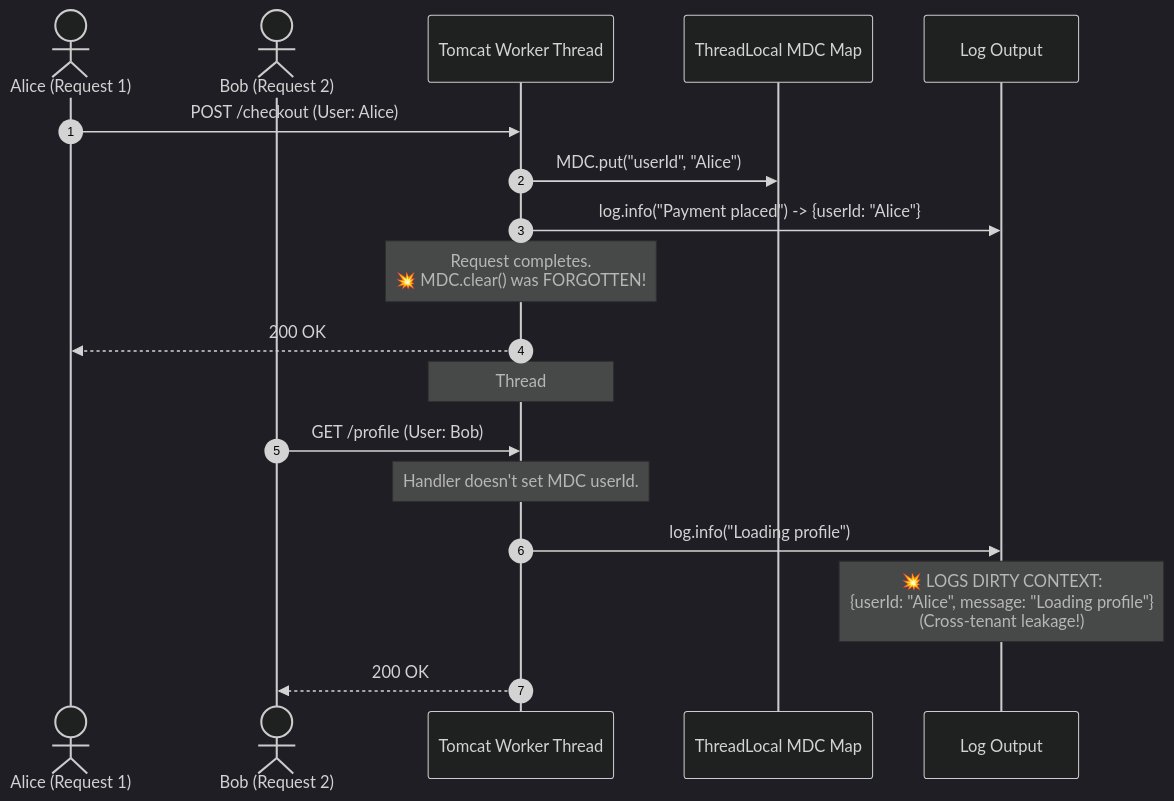
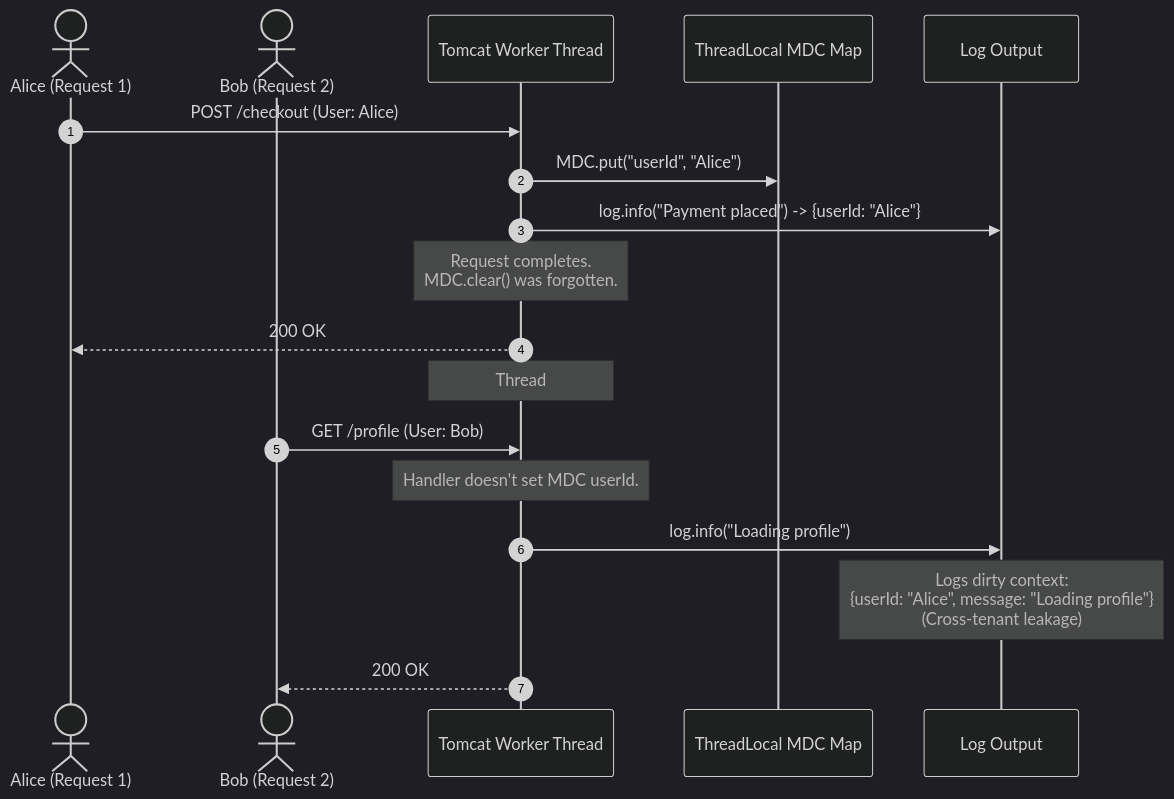
One commit to Rohit1024/spring-boot-mastery changed the diagram in docs/debugging/actuator-security-and-logging-leaks.md. Above: the diagram before and after it, drawn with Mermaid (dark theme). The commit also changed other lines of this file and 117 other files, not shown here.

````diff
--- a/docs/debugging/actuator-security-and-logging-leaks.md
+++ b/docs/debugging/actuator-security-and-logging-leaks.md
@@ -73,23 +69,23 @@
 ``` mermaid
 sequenceDiagram
     autonumber
     actor Alice as Alice (Request 1)
     actor Bob as Bob (Request 2)
     participant Thread as Tomcat Worker Thread #3
     participant MDC as ThreadLocal MDC Map
     participant Log as Log Output
 
     Alice->>Thread: POST /checkout (User: Alice)
     Thread->>MDC: MDC.put("userId", "Alice")
     Thread->>Log: log.info("Payment placed") -> {userId: "Alice"}
-    Note over Thread: Request completes.<br/>💥 MDC.clear() was FORGOTTEN!
+    Note over Thread: Request completes.<br/>MDC.clear() was forgotten.
     Thread-->>Alice: 200 OK
     
-    Note over Thread: Thread #3 returns to Tomcat thread pool with dirty MDC!
+    Note over Thread: Thread #3 returns to Tomcat thread pool with dirty MDC.
 
     Bob->>Thread: GET /profile (User: Bob)
     Note over Thread: Handler doesn't set MDC userId.
     Thread->>Log: log.info("Loading profile")
-    Note over Log: 💥 LOGS DIRTY CONTEXT:<br/>{userId: "Alice", message: "Loading profile"}<br/>(Cross-tenant leakage!)
+    Note over Log: Logs dirty context:<br/>{userId: "Alice", message: "Loading profile"}<br/>(Cross-tenant leakage)
     Thread-->>Bob: 200 OK
 ```
````
